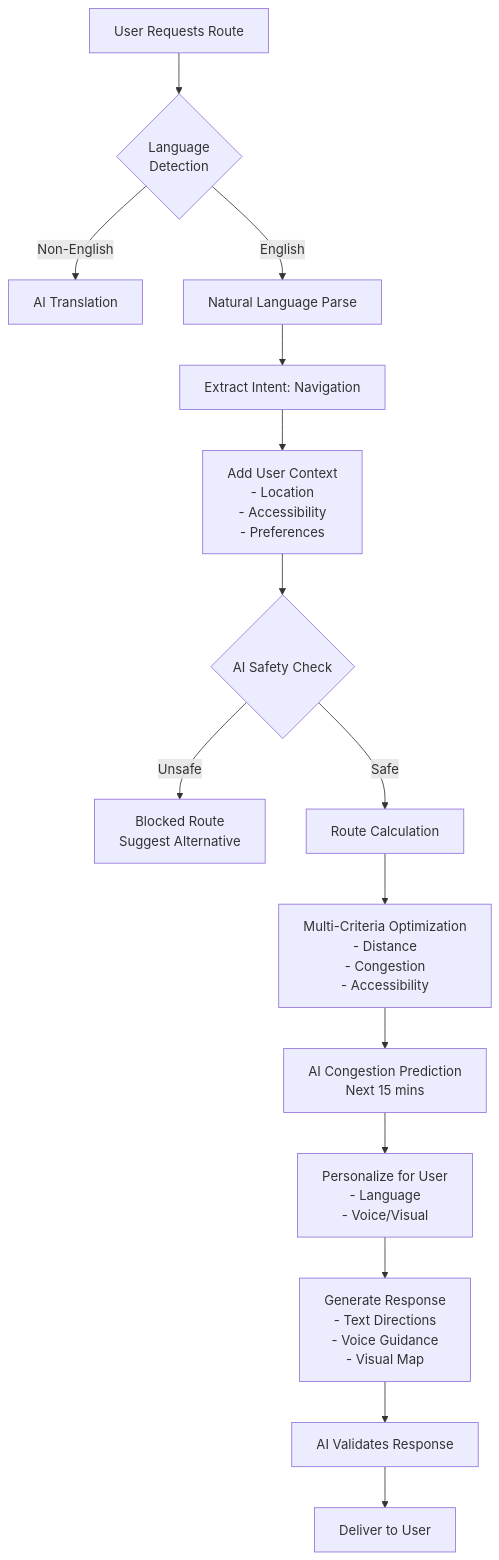
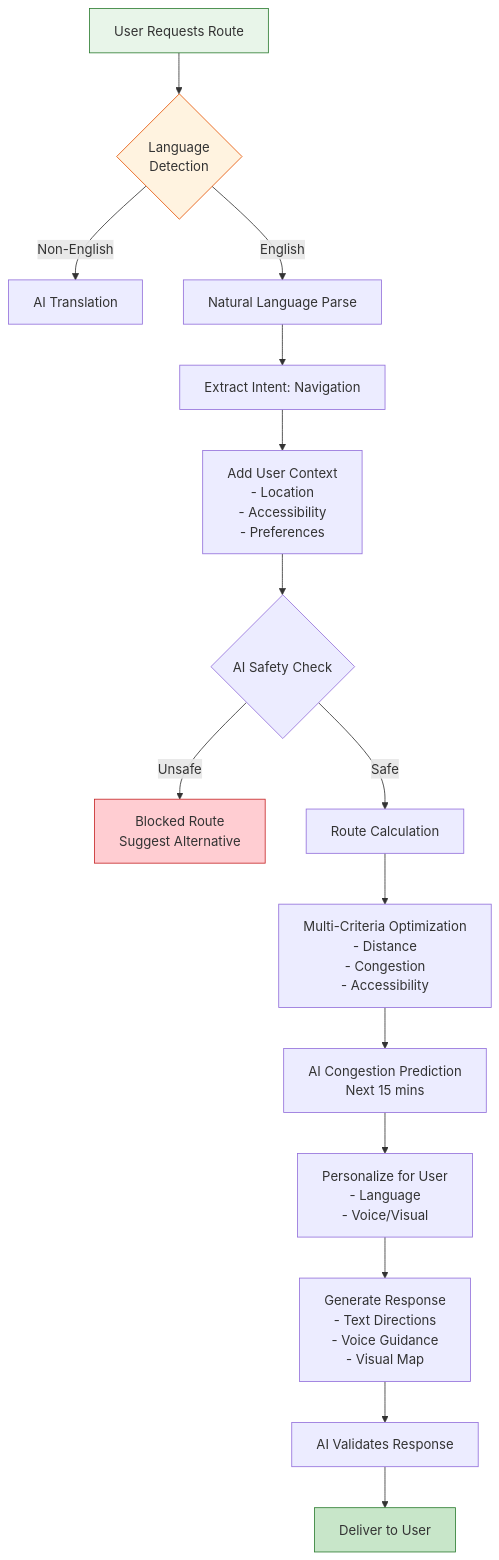
Before and after one commit to Riya-davra04/StadiumGPT-AI-Stadium-Assistant: diagram 19 of 22 in README.md, drawn with Mermaid. The commit also changed other lines of this file, not shown here.

````diff
--- a/README.md
+++ b/README.md
@@ -516,22 +623,27 @@
 ```mermaid
 flowchart TD
     Start[User Requests Route] --> Lang{Language<br>Detection}
     Lang --> |Non-English| Translate[AI Translation]
     Lang --> |English| Parse[Natural Language Parse]
     
     Parse --> Extract[Extract Intent: Navigation]
     Extract --> Context[Add User Context<br>- Location<br>- Accessibility<br>- Preferences]
     
     Context --> CheckSafety{AI Safety Check}
     CheckSafety --> |Unsafe| Safety[Blocked Route<br>Suggest Alternative]
     CheckSafety --> |Safe| Route[Route Calculation]
     
     Route --> Optimize[Multi-Criteria Optimization<br>- Distance<br>- Congestion<br>- Accessibility]
     Optimize --> Predict[AI Congestion Prediction<br>Next 15 mins]
     
     Predict --> Personalize[Personalize for User<br>- Language<br>- Voice/Visual]
     Personalize --> Generate[Generate Response<br>- Text Directions<br>- Voice Guidance<br>- Visual Map]
     
     Generate --> Validate[AI Validates Response]
     Validate --> Deliver[Deliver to User]
+    
+    style Start fill:#e8f5e9,stroke:#2e7d32
+    style Lang fill:#fff3e0,stroke:#e65100
+    style Safety fill:#ffcdd2,stroke:#c62828
+    style Deliver fill:#c8e6c9,stroke:#2e7d32
 ```
````
